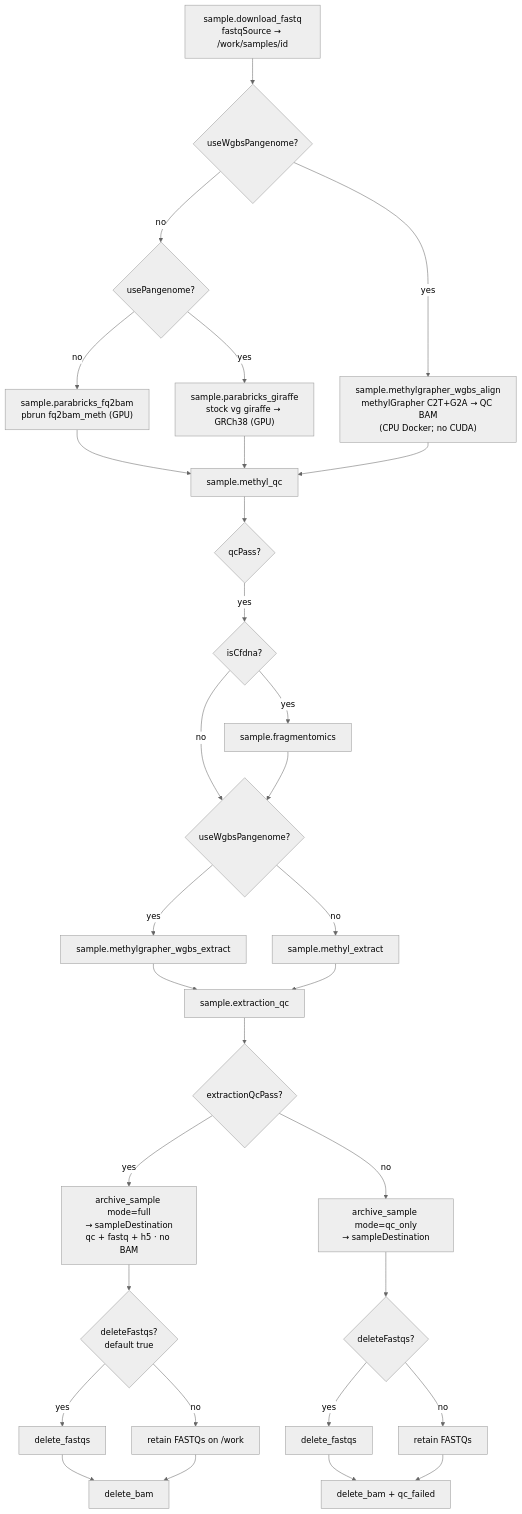
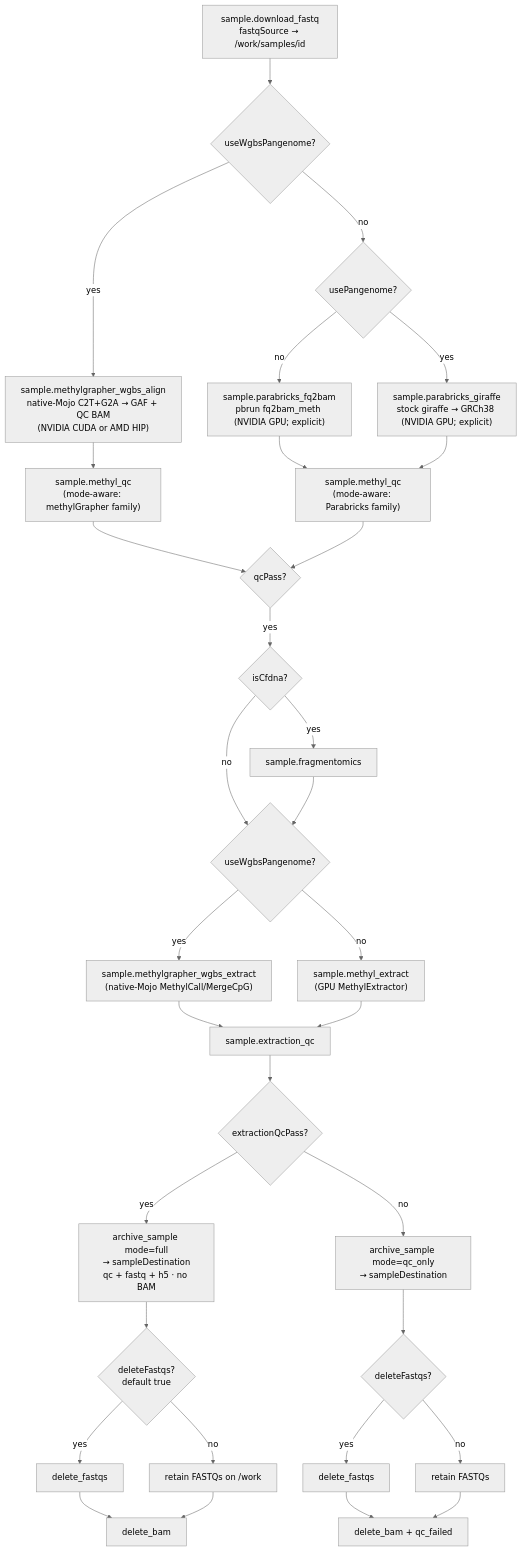
The sixth of 18 diagrams in docs/architecture/end-to-end-workflow.md (Goliath-Research/GoliathWorkflow), drawn with Mermaid (neutral theme) before and after one commit. The commit also changed 39 other files, not shown here.

First line of the commit message:
Enhance documentation for native-Mojo alignment and sample preparation workflows

````diff
--- a/docs/architecture/end-to-end-workflow.md
+++ b/docs/architecture/end-to-end-workflow.md
@@ -152,33 +152,35 @@
 ```mermaid
 flowchart TD
   A["sample.download_fastq<br/>fastqSource → /work/samples/id"] --> B{"useWgbsPangenome?"}
-  B -->|yes| MG["sample.methylgrapher_wgbs_align<br/>methylGrapher C2T+G2A → QC BAM<br/>(CPU Docker; no CUDA)"]
+  B -->|yes| MG["sample.methylgrapher_wgbs_align<br/>native-Mojo C2T+G2A → GAF + QC BAM<br/>(NVIDIA CUDA or AMD HIP)"]
   B -->|no| B2{"usePangenome?"}
-  B2 -->|no| C["sample.parabricks_fq2bam<br/>pbrun fq2bam_meth (GPU)"]
-  B2 -->|yes| D["sample.parabricks_giraffe<br/>stock vg giraffe → GRCh38 (GPU)"]
-  C --> E["sample.methyl_qc"]
+  B2 -->|no| C["sample.parabricks_fq2bam<br/>pbrun fq2bam_meth (NVIDIA GPU; explicit)"]
+  B2 -->|yes| D["sample.parabricks_giraffe<br/>stock giraffe → GRCh38 (NVIDIA GPU; explicit)"]
+  C --> E["sample.methyl_qc<br/>(mode-aware: Parabricks family)"]
   D --> E
-  MG --> E
+  MG --> E2["sample.methyl_qc<br/>(mode-aware: methylGrapher family)"]
+  E2 --> F
+
   E --> F{"qcPass?"}
   F -->|yes| G{"isCfdna?"}
   G -->|yes| H["sample.fragmentomics"]
   G -->|no| I{"useWgbsPangenome?"}
   H --> I
-  I -->|yes| IX["sample.methylgrapher_wgbs_extract"]
-  I -->|no| IY["sample.methyl_extract"]
+  I -->|yes| IX["sample.methylgrapher_wgbs_extract<br/>(native-Mojo MethylCall/MergeCpG)"]
+  I -->|no| IY["sample.methyl_extract<br/>(GPU MethylExtractor)"]
   IX --> J["sample.extraction_qc"]
   IY --> J
   J --> K{"extractionQcPass?"}
   K -->|yes| L["archive_sample mode=full<br/>→ sampleDestination<br/>qc + fastq + h5 · no BAM"]
   L --> M{"deleteFastqs?<br/>default true"}
   M -->|yes| N["delete_fastqs"]
   M -->|no| O["retain FASTQs on /work"]
   N --> P["delete_bam"]
   O --> P
   K -->|no| Q["archive_sample mode=qc_only<br/>→ sampleDestination"]
   Q --> R{"deleteFastqs?"}
   R -->|yes| S["delete_fastqs"]
   R -->|no| T["retain FASTQs"]
   S --> U["delete_bam + qc_failed"]
   T --> U
 ```
````
